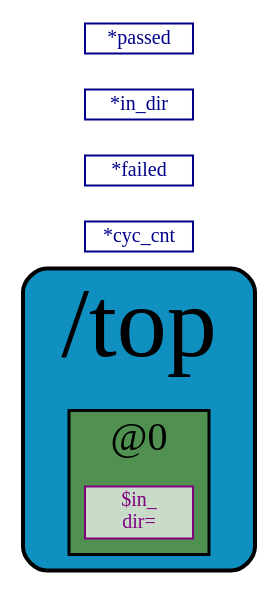
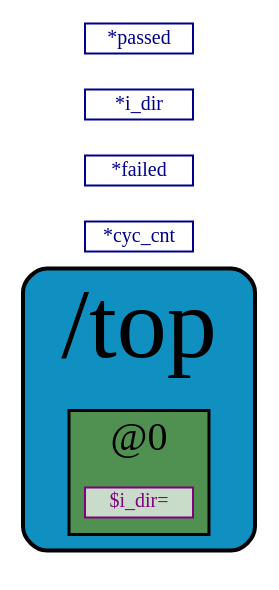
One commit to develone/sandpiper_test changed the diagram in test2b/TLVerilog/top_trans.dot. Above: the diagram before and after it, drawn with Graphviz. The commit also changed 14 other files, not shown here.

Commit message:
top.tlv it appears that top.tlv is not needed. java -jar /home/devel/SandPiper_1.9-2018_02_11-beta_distro/target/sandpiper.jar --verbose  --stats --viz --dhtml --graphTrans -i top.m4 -o top.sv yosys -l simple.log -p 'synth_ice40 -blif top.blif -json top.json' top.sv

```diff
--- a/test2b/TLVerilog/top_trans.dot
+++ b/test2b/TLVerilog/top_trans.dot
@@ -1,48 +1,48 @@
 // Generated by SandPiper(TM) 1.9-2018/02/11-beta from Redwood EDA.
 // (Installed here: /home/devel/SandPiper_1.9-2018_02_11-beta_distro.)
 // Redwood EDA does not claim intellectual property rights to this file and provides no warranty regarding its correctness or quality.
 
 
 // Transaction Flow Graph:
 
 strict digraph "top.tlv" {
    graph [layout = dot, rankdir = "LR", outputorder = edgesfirst, splines = ortho];
    node [layer = 4, shape = star, height = 0.02, style = filled, fontsize = 10, fontcolor = "purple", color = "purple", fillcolor = "#ffffffb0", penwidth = 1.0, margin = "0.03,0.03"];
    edge [layer = 3, weight = 4, penwidth = 1.5, color = "purple", fontcolor = "#00D000", labelfontcolor = "purple"];
    subgraph "cluster." {
       fillcolor = "#1090c0"
       style = "filled,rounded"
       penwidth = 2.0
       fontsize = 50
       tooltip = "/top"
       id = "id0{logical_entity=#Q##Q#}"
       label = "/top"
       subgraph "cluster.stage0" {
-         "$in_dir@0" [fillcolor = "#ffffffb0", shape = box, label = "$in_\n dir=", id = "id1{logical_entity=#Q#$in_dir#Q#}", tooltip = "$in_dir = *in_dir"];
+         "$i_dir@0" [fillcolor = "#ffffffb0", shape = box, label = "$i_dir=", id = "id1{logical_entity=#Q#$i_dir#Q#}", tooltip = "$i_dir = *i_dir;"];
       }
       subgraph "cluster.stage0" {
          style = "filled"
          fontsize = 20
          penwidth = 1.5
          label = "@0"
          id = "id2{logical_entity=#Q#|none@0#Q#}"
          tooltip = "@0"
          fillcolor = "#509050"
       }
       subgraph "cluster.|none" {
          fillcolor = "orange"
          style = "filled,rounded"
          penwidth = 2.5
          fontsize = 50
          tooltip = "|none"
          id = "id3{logical_entity=#Q#|none#Q#}"
          label = "|none"
       }
    }
 
 "*cyc_cnt" [shape = box, color = "#00008b", fontcolor = "#00008b", fillcolor = white];
 "*failed" [shape = box, color = "#00008b", fontcolor = "#00008b", fillcolor = white];
-"*in_dir" [shape = box, color = "#00008b", fontcolor = "#00008b", fillcolor = white];
+"*i_dir" [shape = box, color = "#00008b", fontcolor = "#00008b", fillcolor = white];
 "*passed" [shape = box, color = "#00008b", fontcolor = "#00008b", fillcolor = white];
 
 }
```
